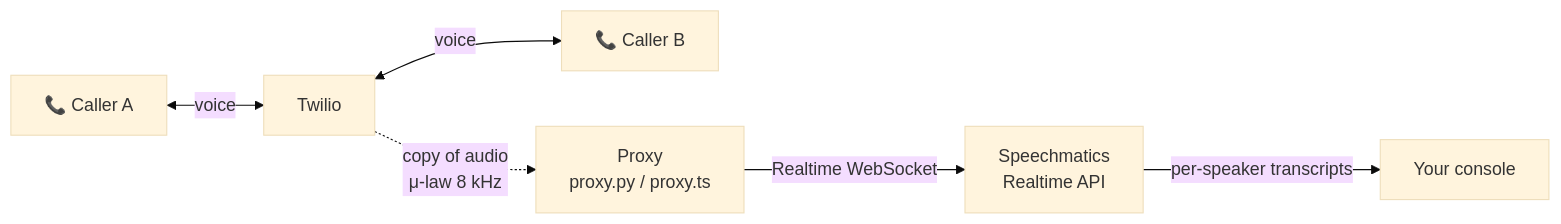
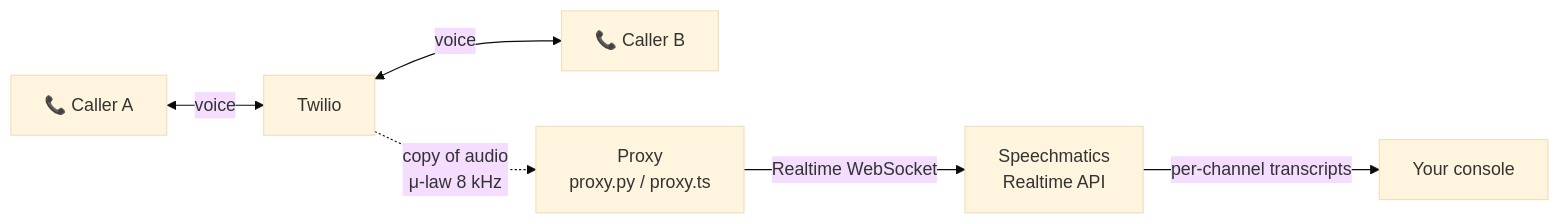
One commit to speechmatics/docs changed the diagram in docs/integrations-and-sdks/twilio.mdx. Above: the diagram before and after it, drawn with Mermaid (base theme). The commit also changed other lines of this file, not shown here.

````diff
--- a/docs/integrations-and-sdks/twilio.mdx
+++ b/docs/integrations-and-sdks/twilio.mdx
@@ -23,8 +23,8 @@
 ```mermaid
 flowchart LR
     A["📞 Caller A"] <-->|voice| T["Twilio"]
     T <-->|voice| B["📞 Caller B"]
     T -.->|copy of audio<br/>μ-law 8 kHz| P["Proxy<br/>proxy.py / proxy.ts"]
     P -->|Realtime WebSocket| S["Speechmatics<br/>Realtime API"]
-    S -->|per-speaker transcripts| C["Your console"]
+    S -->|per-channel transcripts| C["Your console"]
 ```
````
